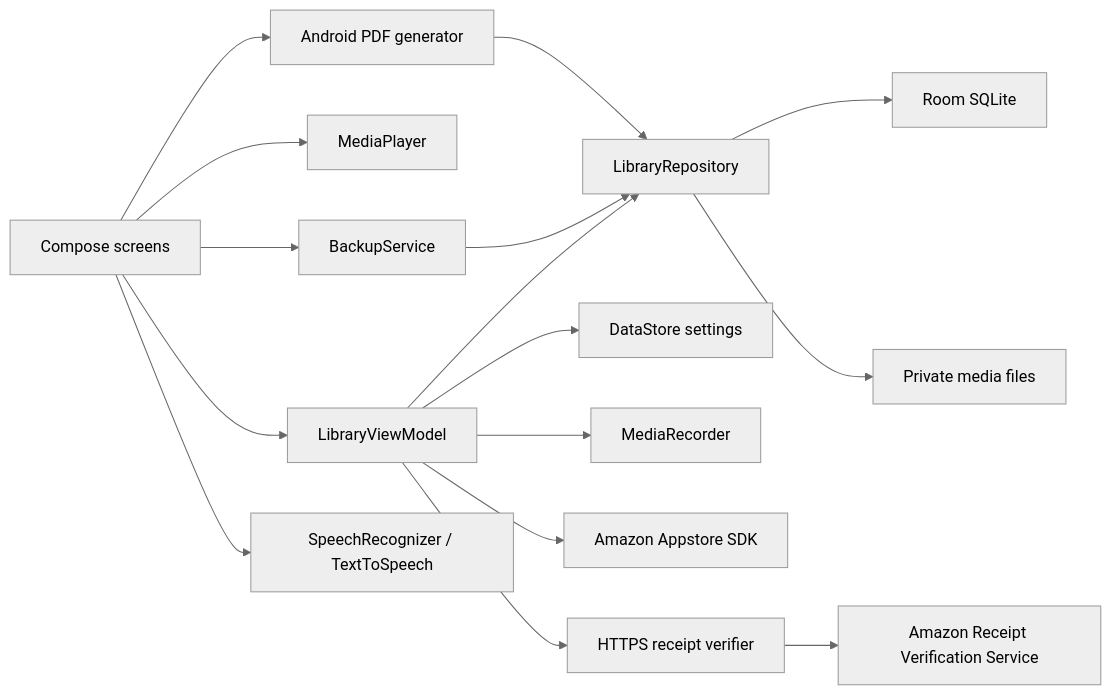
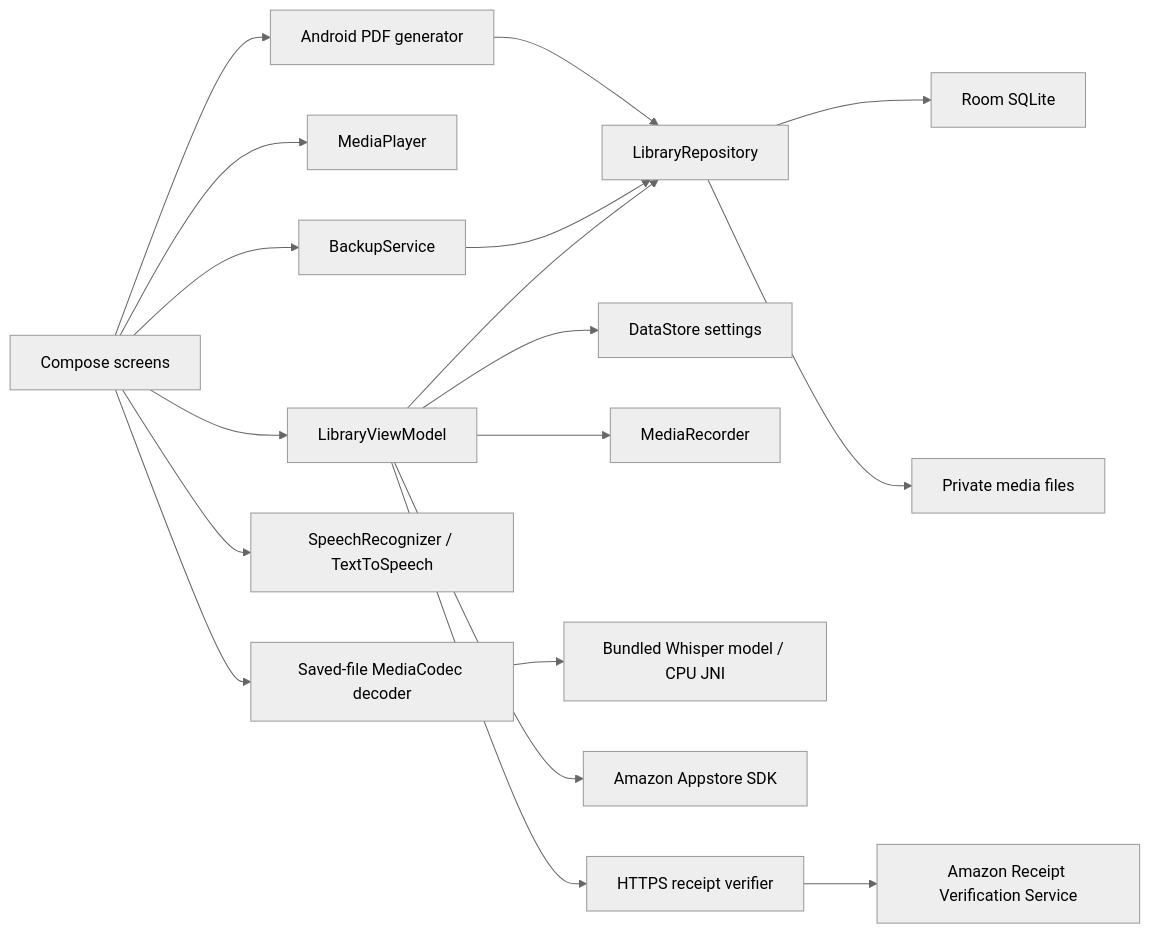
One commit to lanray07/LifeTalea changed the diagram in docs/ARCHITECTURE.md. Above: the diagram before and after it, drawn with Mermaid (neutral theme). The commit also changed other lines of this file and 163 other files, not shown here.

````diff
--- a/docs/ARCHITECTURE.md
+++ b/docs/ARCHITECTURE.md
@@ -5,18 +5,20 @@
 ```mermaid
 flowchart LR
   UI[Compose screens] --> VM[LibraryViewModel]
   VM --> Repo[LibraryRepository]
   Repo --> Room[Room SQLite]
   Repo --> Media[Private media files]
   VM --> Preferences[DataStore settings]
   VM --> Recorder[MediaRecorder]
   UI --> Playback[MediaPlayer]
   UI --> Backup[BackupService]
   Backup --> Repo
   UI --> PDF[Android PDF generator]
   PDF --> Repo
   UI --> Voice[SpeechRecognizer / TextToSpeech]
+  UI --> Decoder[Saved-file MediaCodec decoder]
+  Decoder --> Whisper[Bundled Whisper model / CPU JNI]
   VM --> Amazon[Amazon Appstore SDK]
   VM --> Verifier[HTTPS receipt verifier]
   Verifier --> RVS[Amazon Receipt Verification Service]
 ```
````
